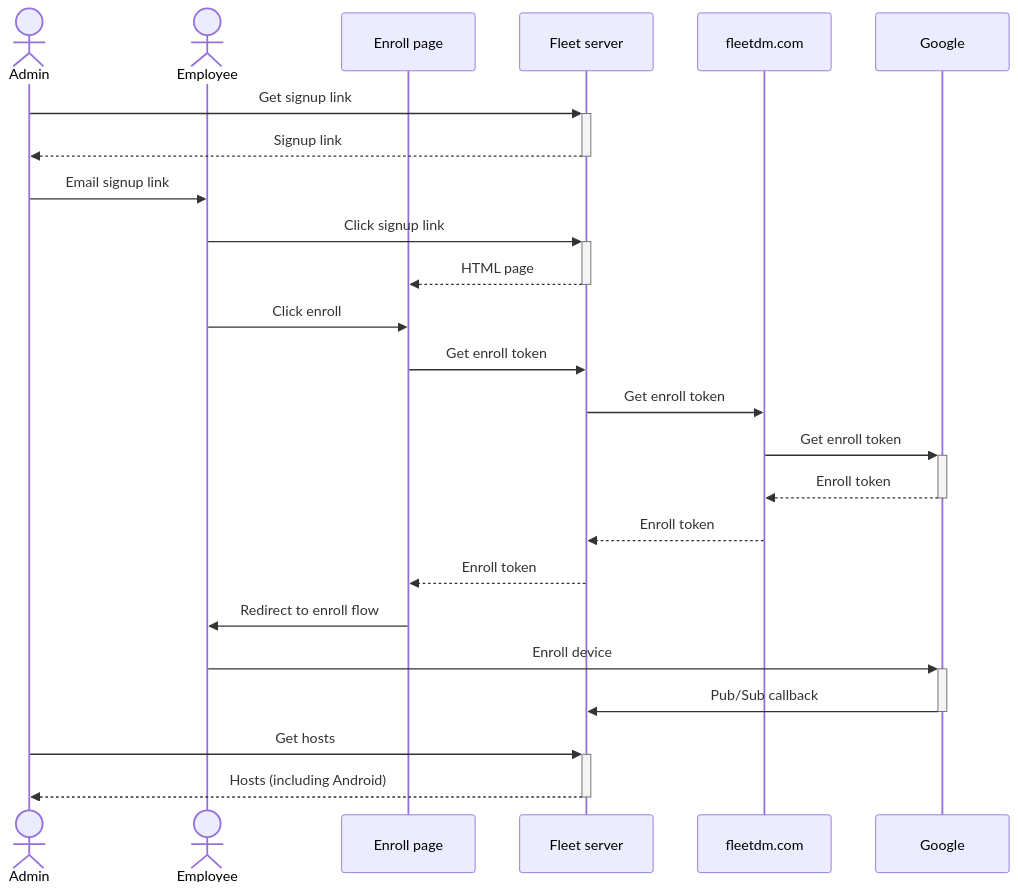
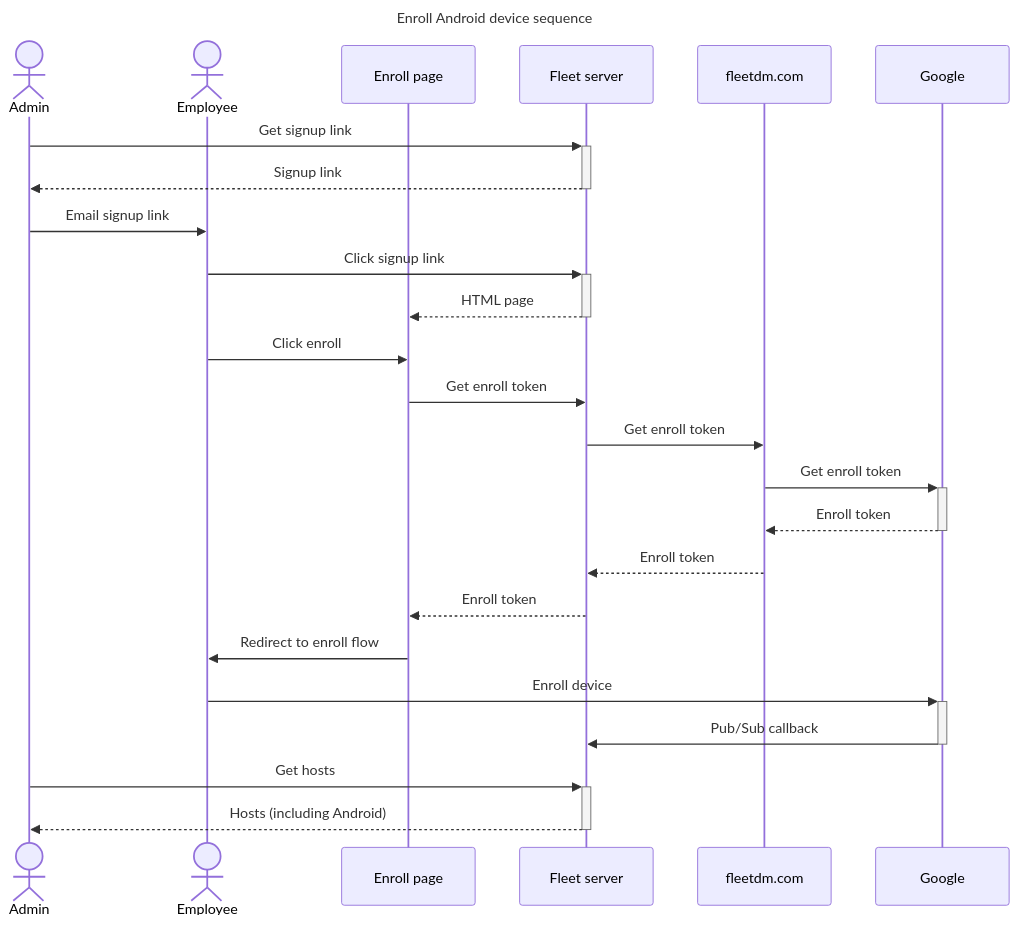
One commit to fleetdm/fleet changed the second of 2 diagrams in docs/Contributing/MDM-Android.md. Above: the diagram before and after it, drawn with Mermaid. The commit also changed other lines of this file, not shown here.

Commit message:
Added diagram titles.

````diff
--- a/docs/Contributing/MDM-Android.md
+++ b/docs/Contributing/MDM-Android.md
@@ -55,26 +56,29 @@
 ```mermaid
+---
+title: Enroll Android device sequence
+---
 sequenceDiagram
     actor Admin
     actor Employee
     participant Enroll page
     participant Fleet server
     participant fleetdm.com
     participant Google
     Admin->>+Fleet server: Get signup link
     Fleet server-->>-Admin: Signup link
     Admin->>Employee: Email signup link
     Employee->>+Fleet server: Click signup link
     Fleet server-->>-Enroll page: HTML page
     Employee->>Enroll page: Click enroll
     Enroll page->>Fleet server: Get enroll token
     Fleet server->>fleetdm.com: Get enroll token
     fleetdm.com->>+Google: Get enroll token
     Google-->>-fleetdm.com: Enroll token
     fleetdm.com-->>Fleet server: Enroll token
     Fleet server-->>Enroll page: Enroll token
     Enroll page->>Employee: Redirect to enroll flow
     Employee->>+Google: Enroll device
     Google->>-Fleet server: Pub/Sub callback
     Admin->>+Fleet server: Get hosts
     Fleet server-->>-Admin: Hosts (including Android)
 ```
````
